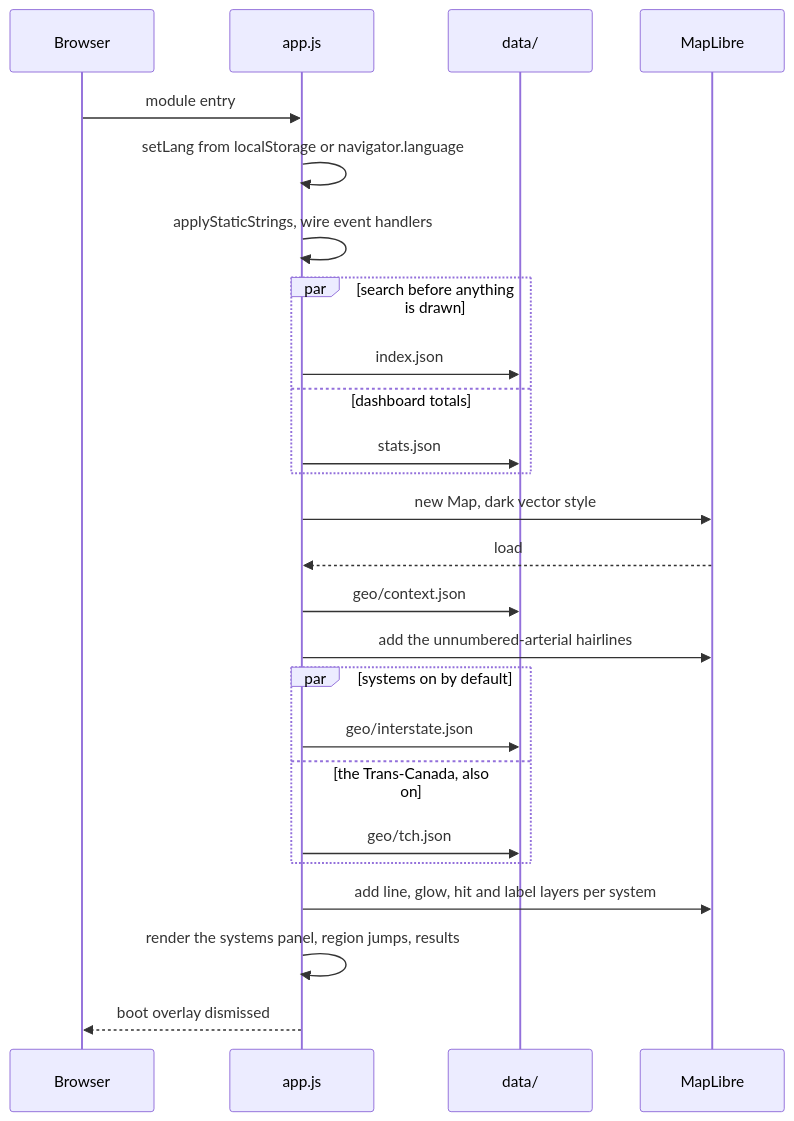
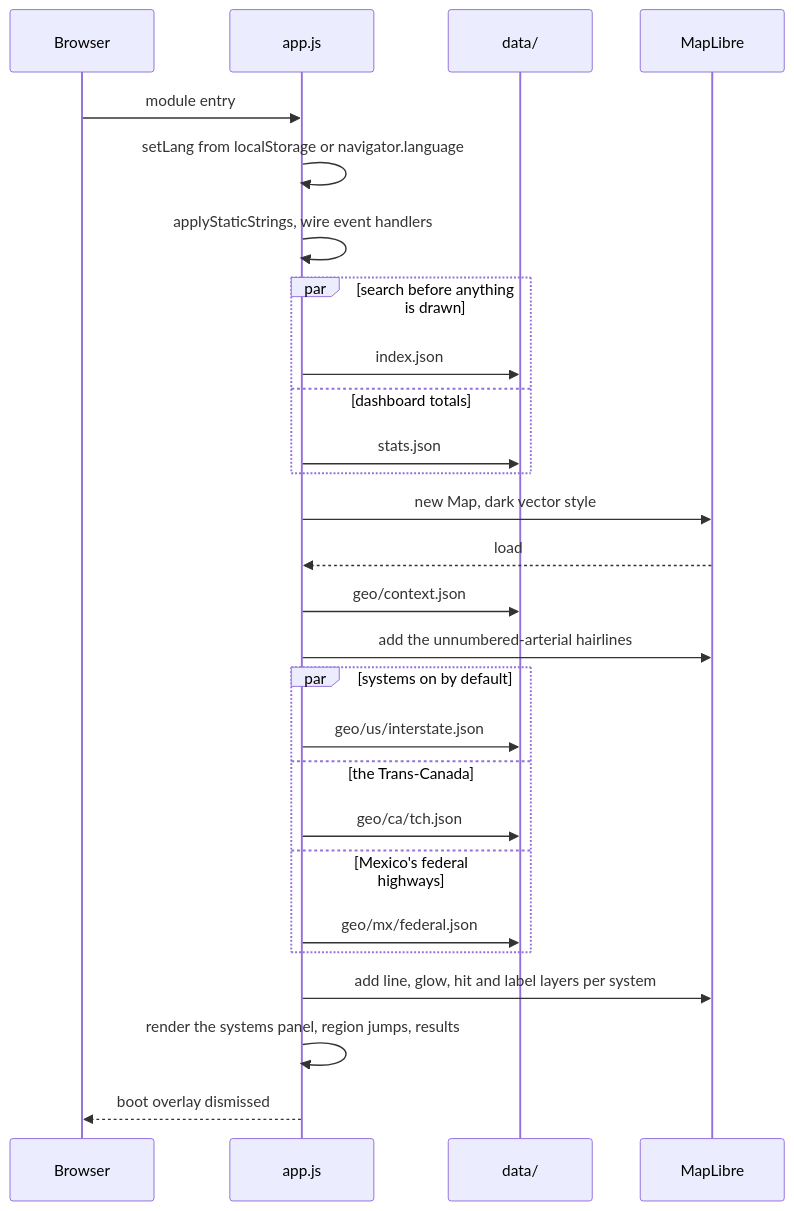
One commit to AndyUneducated/interstate-atlas changed the fifth of 5 diagrams in docs/ARCHITECTURE.md. Above: the diagram before and after it, drawn with Mermaid. The commit also changed other lines of this file, not shown here.

Commit message:
Architecture: three countries, nine modules, the crossing and toll layers, and the three kinds of figure ACCURACY.md describes

````diff
--- a/docs/ARCHITECTURE.md
+++ b/docs/ARCHITECTURE.md
@@ -481,28 +536,30 @@
 ```mermaid
 sequenceDiagram
   participant B as Browser
   participant A as app.js
   participant D as data/
   participant M as MapLibre
 
   B->>A: module entry
   A->>A: setLang from localStorage or navigator.language
   A->>A: applyStaticStrings, wire event handlers
   par search before anything is drawn
     A->>D: index.json
   and dashboard totals
     A->>D: stats.json
   end
   A->>M: new Map, dark vector style
   M-->>A: load
   A->>D: geo/context.json
   A->>M: add the unnumbered-arterial hairlines
   par systems on by default
-    A->>D: geo/interstate.json
-  and the Trans-Canada, also on
-    A->>D: geo/tch.json
+    A->>D: geo/us/interstate.json
+  and the Trans-Canada
+    A->>D: geo/ca/tch.json
+  and Mexico's federal highways
+    A->>D: geo/mx/federal.json
   end
   A->>M: add line, glow, hit and label layers per system
   A->>A: render the systems panel, region jumps, results
   A-->>B: boot overlay dismissed
 ```
````
